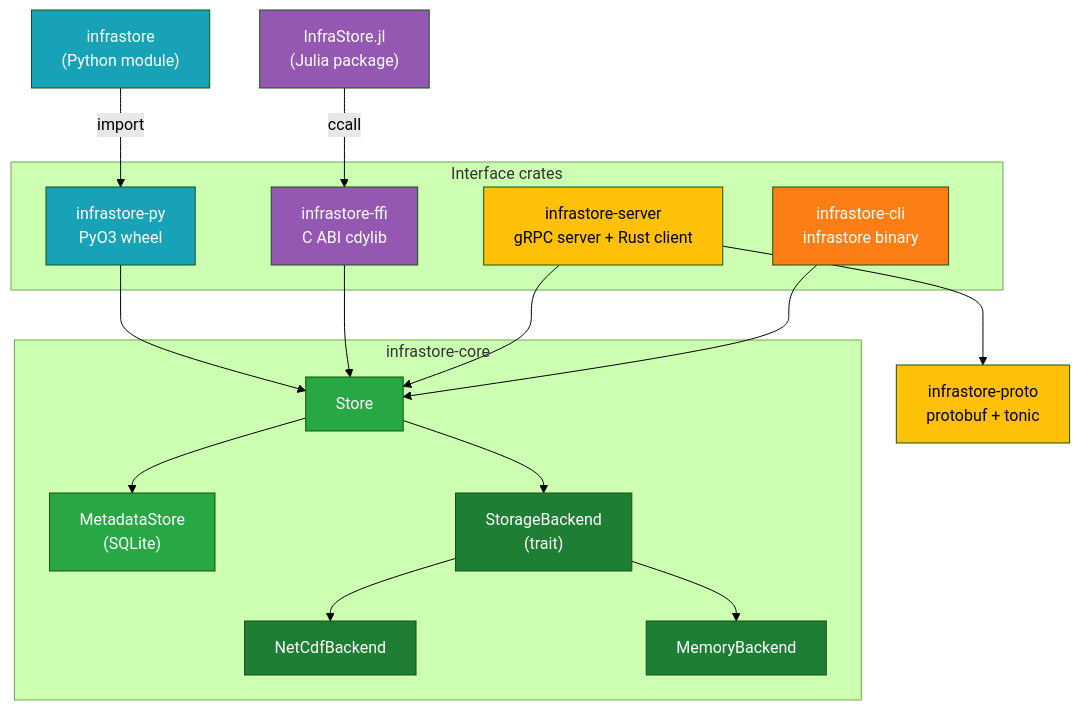
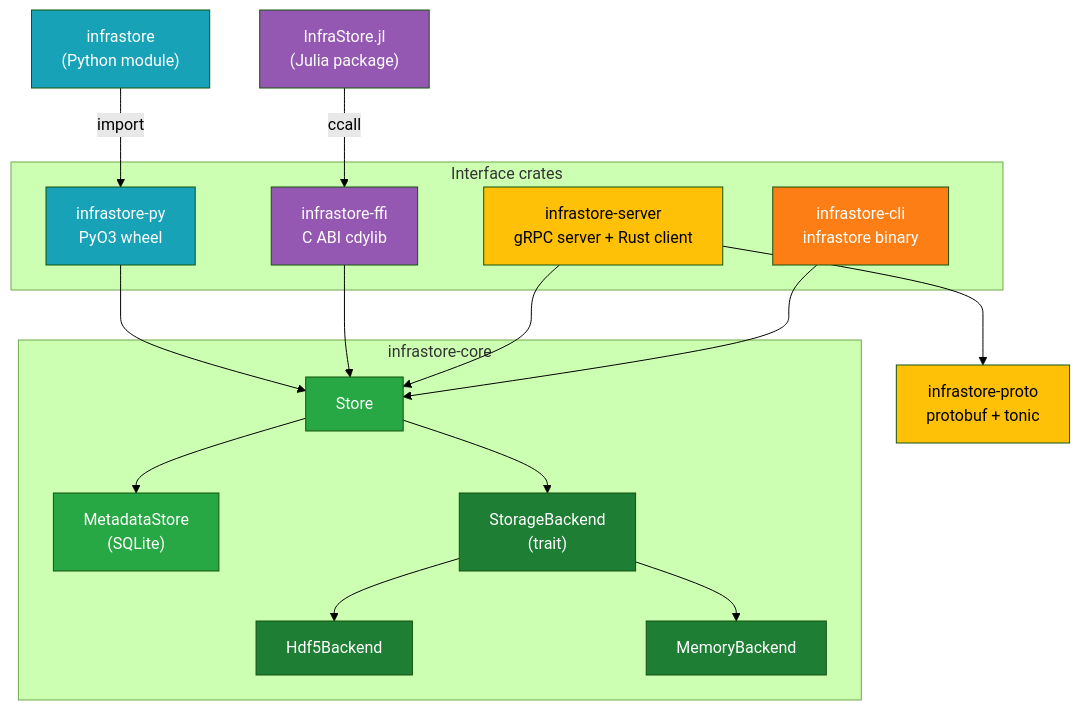
One commit to NatLabRockies/infrastore changed the first of 3 diagrams in docs/src/explanation/architecture.md. Above: the diagram before and after it, drawn with Mermaid (forest theme). The commit also changed other lines of this file and 85 other files, not shown here.

Commit message:
Fix NetCDF -> HDF5 naming references

````diff
--- a/docs/src/explanation/architecture.md
+++ b/docs/src/explanation/architecture.md
@@ -10,46 +10,46 @@
 ```mermaid
 flowchart TB
     subgraph ifaces["Interface crates"]
         PY["infrastore-py<br/>PyO3 wheel"]
         FFI["infrastore-ffi<br/>C ABI cdylib"]
         SRV["infrastore-server<br/>gRPC server + Rust client"]
         CLI["infrastore-cli<br/>infrastore binary"]
     end
 
     PYMOD["infrastore<br/>(Python module)"]
     JL["InfraStore.jl<br/>(Julia package)"]
     PROTO["infrastore-proto<br/>protobuf + tonic"]
 
     subgraph core["infrastore-core"]
         STORE["Store"]
         META["MetadataStore<br/>(SQLite)"]
         BACK["StorageBackend<br/>(trait)"]
-        NC["NetCdfBackend"]
+        NC["Hdf5Backend"]
         MEM["MemoryBackend"]
         STORE --> META
         STORE --> BACK
         BACK --> NC
         BACK --> MEM
     end
 
     PY --> STORE
     FFI --> STORE
     SRV --> STORE
     CLI --> STORE
     PYMOD -->|"import"| PY
     JL -->|"ccall"| FFI
     SRV --> PROTO
 
     style STORE fill:#28a745,color:#fff
     style META fill:#28a745,color:#fff
     style BACK fill:#1e7e34,color:#fff
     style NC fill:#1e7e34,color:#fff
     style MEM fill:#1e7e34,color:#fff
     style PY fill:#17a2b8,color:#fff
     style PYMOD fill:#17a2b8,color:#fff
     style FFI fill:#9558b2,color:#fff
     style JL fill:#9558b2,color:#fff
     style SRV fill:#ffc107,color:#000
     style PROTO fill:#ffc107,color:#000
     style CLI fill:#fd7e14,color:#fff
 ```
````
